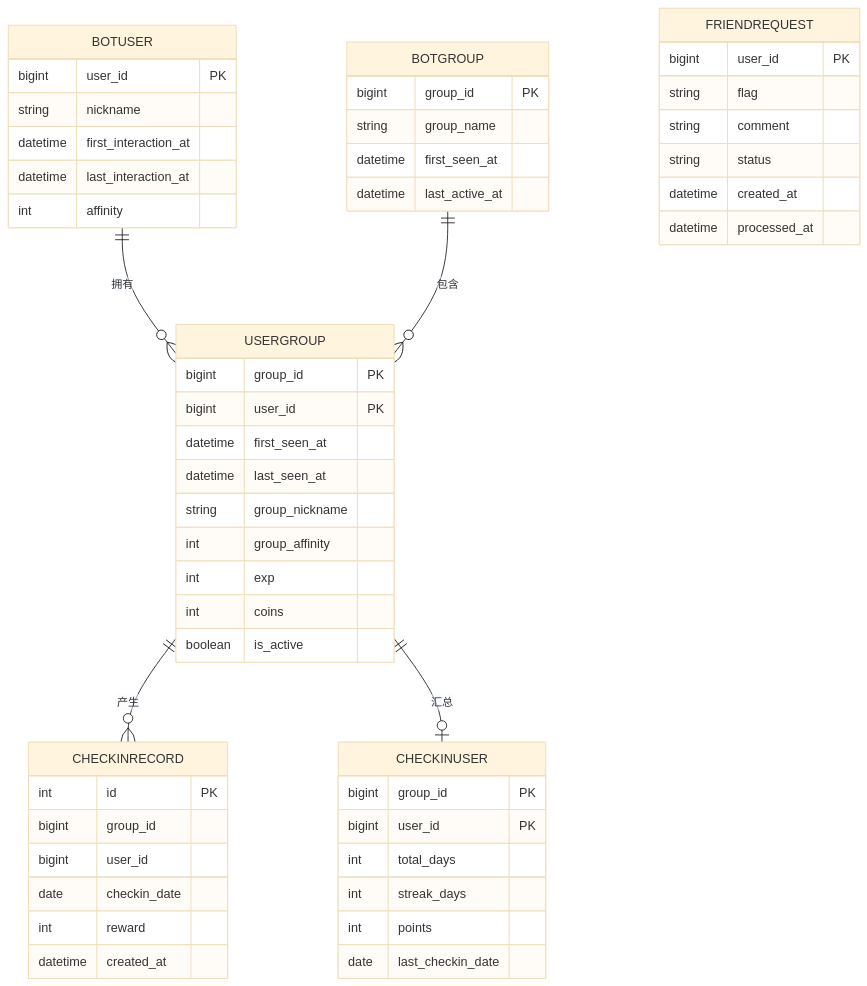
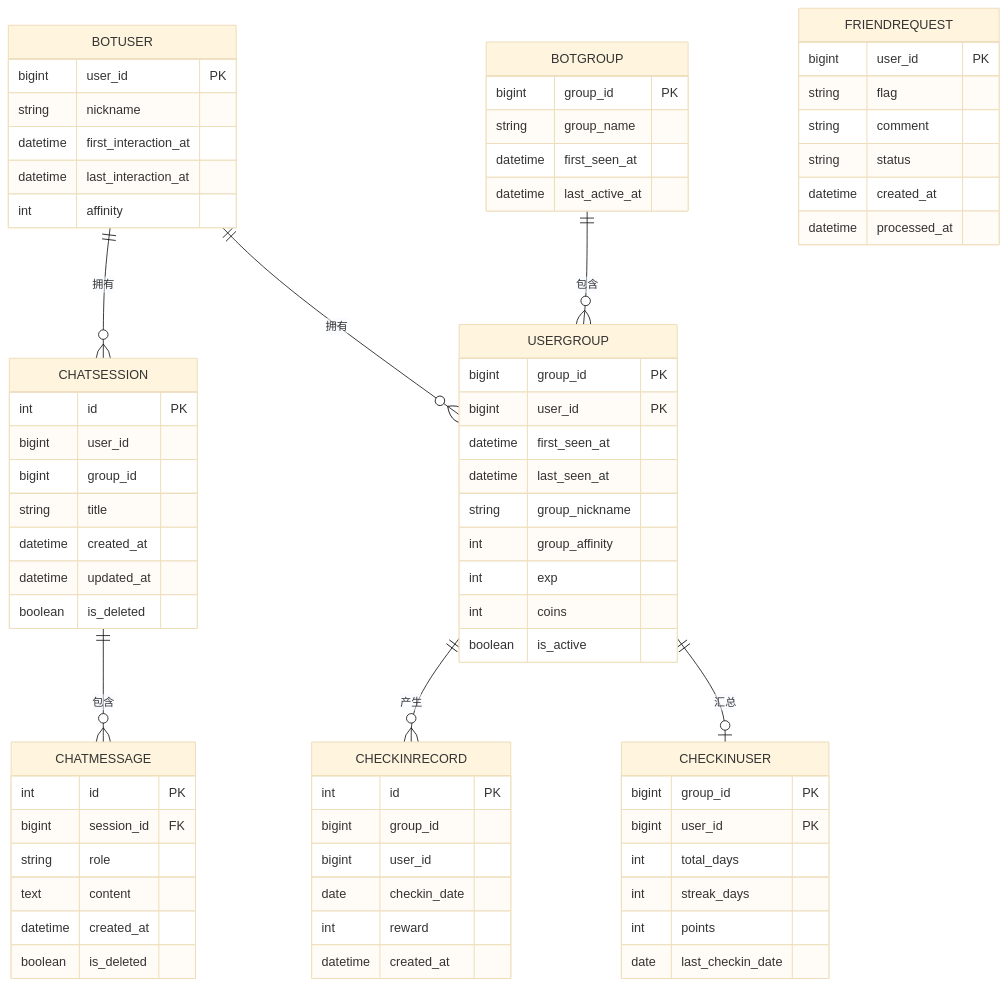
One commit to Wohaokunr/yawn_bot changed the fifth of 6 diagrams in .qoder/repowiki/zh/content/核心功能模块/AI功能集成.md. Above: the diagram before and after it, drawn with Mermaid (base theme). The commit also changed other lines of this file and 28 other files, not shown here.

````diff
--- a/.qoder/repowiki/zh/content/核心功能模块/AI功能集成.md
+++ b/.qoder/repowiki/zh/content/核心功能模块/AI功能集成.md
@@ -284,55 +263,74 @@
 ```mermaid
 erDiagram
 BOTUSER {
 bigint user_id PK
 string nickname
 datetime first_interaction_at
 datetime last_interaction_at
 int affinity
+}
+CHATSESSION {
+int id PK
+bigint user_id
+bigint group_id
+string title
+datetime created_at
+datetime updated_at
+boolean is_deleted
+}
+CHATMESSAGE {
+int id PK
+bigint session_id FK
+string role
+text content
+datetime created_at
+boolean is_deleted
 }
 BOTGROUP {
 bigint group_id PK
 string group_name
 datetime first_seen_at
 datetime last_active_at
 }
 USERGROUP {
 bigint group_id PK
 bigint user_id PK
 datetime first_seen_at
 datetime last_seen_at
 string group_nickname
 int group_affinity
 int exp
 int coins
 boolean is_active
 }
 CHECKINRECORD {
 int id PK
 bigint group_id
 bigint user_id
 date checkin_date
 int reward
 datetime created_at
 }
 CHECKINUSER {
 bigint group_id PK
 bigint user_id PK
 int total_days
 int streak_days
 int points
 date last_checkin_date
 }
 FRIENDREQUEST {
 bigint user_id PK
 string flag
 string comment
 string status
 datetime created_at
 datetime processed_at
 }
+BOTUSER ||--o{ CHATSESSION : "拥有"
+CHATSESSION ||--o{ CHATMESSAGE : "包含"
 BOTUSER ||--o{ USERGROUP : "拥有"
 BOTGROUP ||--o{ USERGROUP : "包含"
 USERGROUP ||--o{ CHECKINRECORD : "产生"
 USERGROUP ||--o| CHECKINUSER : "汇总"
 ```
````
